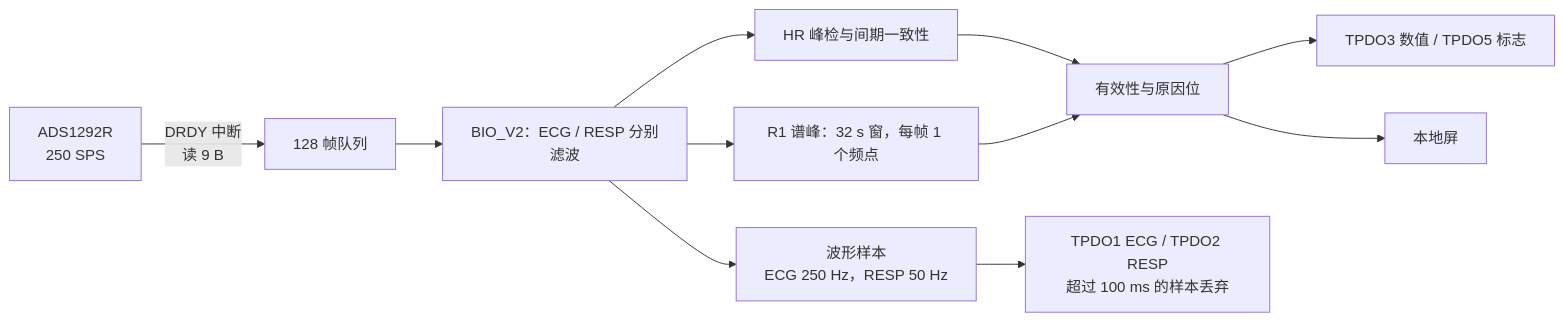
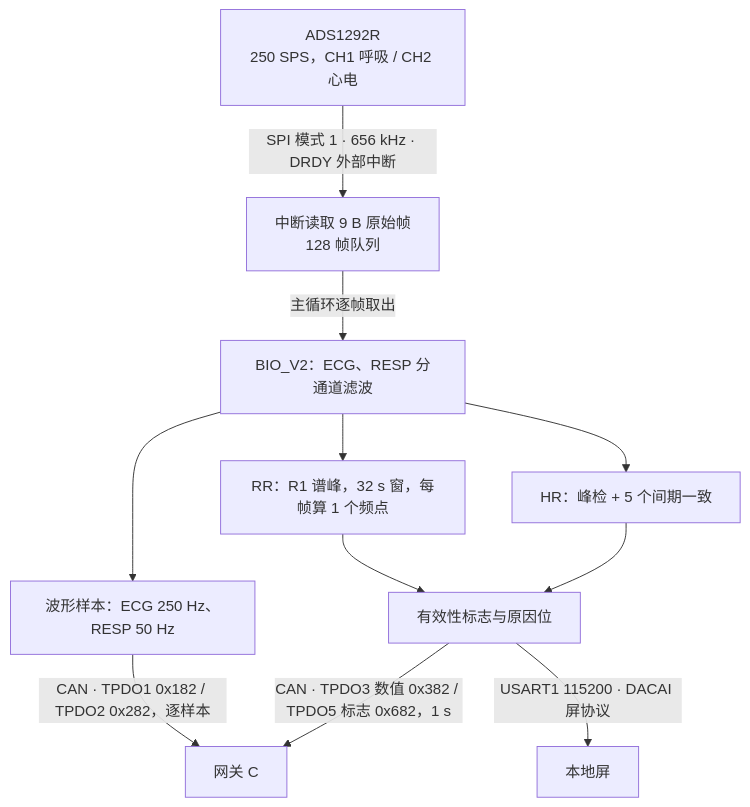
The second of 5 diagrams in docs/acceptance/CLOSEOUT-TECHNICAL-OVERVIEW.md (Serendipity-min/medical-multi-parameter-monitor), drawn with Mermaid before and after one commit. The commit also changed other lines of this file, not shown here.

````diff
--- a/docs/acceptance/CLOSEOUT-TECHNICAL-OVERVIEW.md
+++ b/docs/acceptance/CLOSEOUT-TECHNICAL-OVERVIEW.md
@@ -93,13 +93,13 @@
 ```mermaid
-flowchart LR
-    ADS[ADS1292R<br/>250 SPS] -->|DRDY 中断<br/>读 9 B| Q[128 帧队列]
-    Q --> ALG[BIO_V2：ECG / RESP 分别滤波]
-    ALG --> HR[HR 峰检与间期一致性]
-    ALG --> RR[R1 谱峰：32 s 窗，每帧 1 个频点]
-    HR --> V[有效性与原因位]
+flowchart TB
+    ADS[ADS1292R<br/>250 SPS，CH1 呼吸 / CH2 心电] -->|"SPI 模式 1 · 656 kHz · DRDY 外部中断"| Q[中断读取 9 B 原始帧<br/>128 帧队列]
+    Q -->|"主循环逐帧取出"| ALG[BIO_V2：ECG、RESP 分通道滤波]
+    ALG --> HR[HR：峰检 + 5 个间期一致]
+    ALG --> RR[RR：R1 谱峰，32 s 窗，每帧算 1 个频点]
+    HR --> V[有效性标志与原因位]
     RR --> V
-    ALG --> W[波形样本<br/>ECG 250 Hz，RESP 50 Hz]
-    V --> TP[TPDO3 数值 / TPDO5 标志]
-    W --> TW[TPDO1 ECG / TPDO2 RESP<br/>超过 100 ms 的样本丢弃]
-    V --> LCD[本地屏]
+    ALG --> W[波形样本：ECG 250 Hz、RESP 50 Hz]
+    V -->|"CAN · TPDO3 数值 0x382 / TPDO5 标志 0x682，1 s"| GW[网关 C]
+    W -->|"CAN · TPDO1 0x182 / TPDO2 0x282，逐样本"| GW
+    V -->|"USART1 115200 · DACAI 屏协议"| LCD[本地屏]
 ```
````
